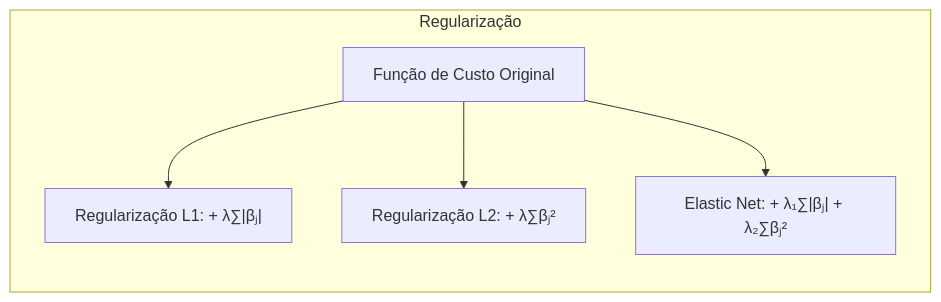
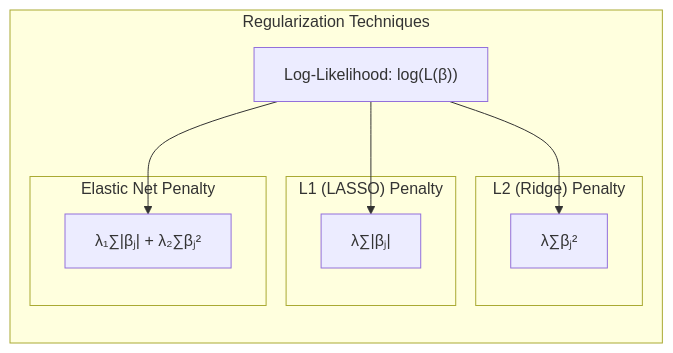
One commit to diegomrodrigues/statistical_learning_notes changed the fifth of 7 diagrams in 03. Additive Models/01. Generalized Additive Models/02. Mathematical Representation.md. Above: the diagram before and after it, drawn with Mermaid. The commit also changed other lines of this file and 228 other files, not shown here.

````diff
--- a/03. Additive Models/01. Generalized Additive Models/02. Mathematical Representation.md
+++ b/03. Additive Models/01. Generalized Additive Models/02. Mathematical Representation.md
@@ -238,13 +246,19 @@
 ```mermaid
 graph LR
-    subgraph "Regularização"
-    direction TB
-    A["Função de Custo Original"]
-    B["Regularização L1: + λ∑|βⱼ|"]
-    C["Regularização L2: + λ∑βⱼ²"]
-    D["Elastic Net: + λ₁∑|βⱼ| + λ₂∑βⱼ²"]
-    A --> B
-    A --> C
-    A --> D
+    subgraph "Regularization Techniques"
+        direction TB
+        A["Log-Likelihood: log(L(β))"]
+        subgraph "L1 (LASSO) Penalty"
+           B["λ∑|βⱼ|"]
+        end
+        subgraph "L2 (Ridge) Penalty"
+           C["λ∑βⱼ²"]
+        end
+        subgraph "Elastic Net Penalty"
+          D["λ₁∑|βⱼ| + λ₂∑βⱼ²"]
+        end
+        A --> B
+        A --> C
+        A --> D
     end
 ```
````
